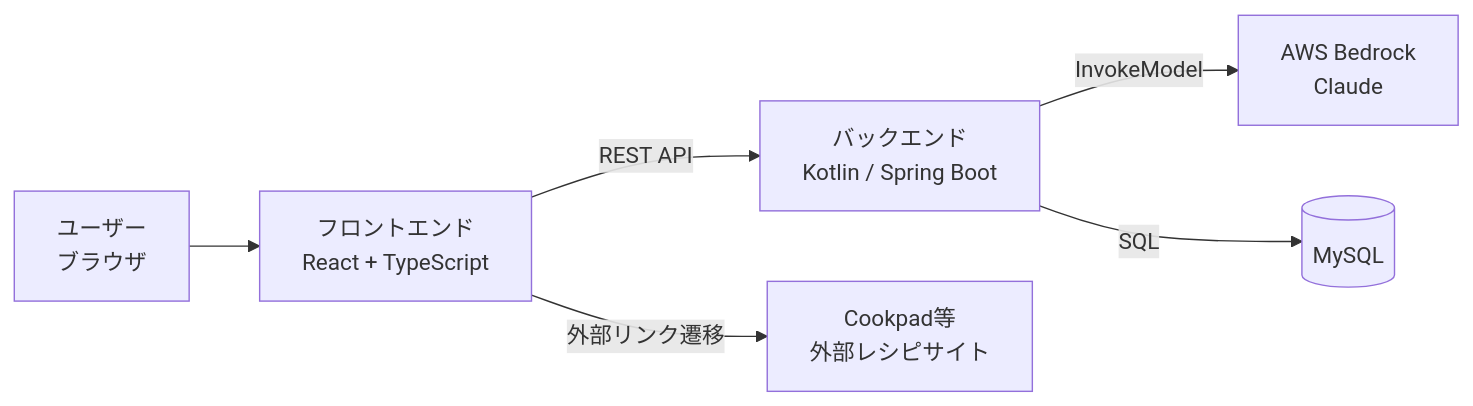
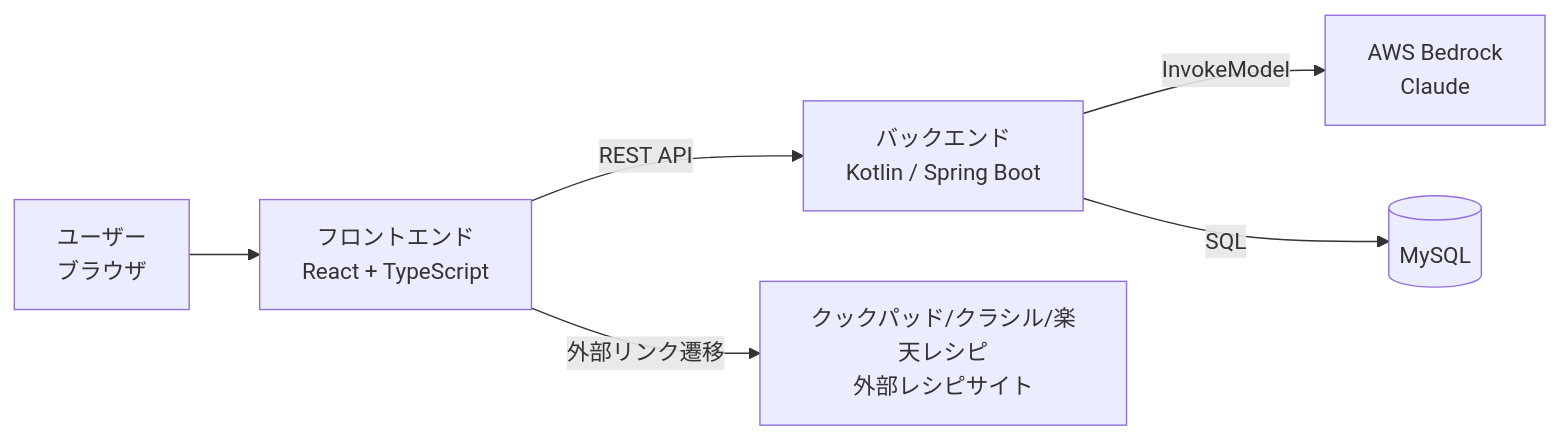
Before and after one commit to kikiki-0604/1015_study: the first of 5 diagrams in docs/basic-design.md, drawn with Mermaid. The commit also changed other lines of this file and 20 other files, not shown here.

````diff
--- a/docs/basic-design.md
+++ b/docs/basic-design.md
@@ -9,8 +9,8 @@
 ```mermaid
 flowchart LR
     U[ユーザー<br/>ブラウザ] --> F[フロントエンド<br/>React + TypeScript]
     F -->|REST API| B[バックエンド<br/>Kotlin / Spring Boot]
     B -->|InvokeModel| BR[AWS Bedrock<br/>Claude]
     B -->|SQL| D[(MySQL)]
-    F -->|外部リンク遷移| S[Cookpad等<br/>外部レシピサイト]
+    F -->|外部リンク遷移| S[クックパッド/クラシル/楽天レシピ<br/>外部レシピサイト]
 ```
````
